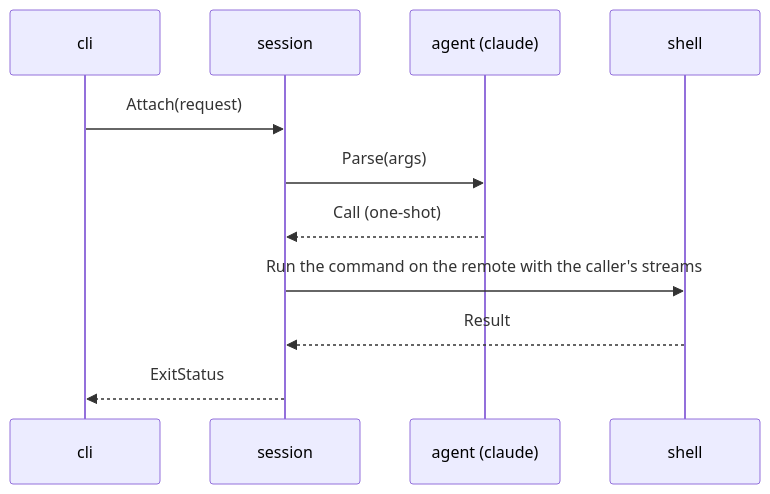
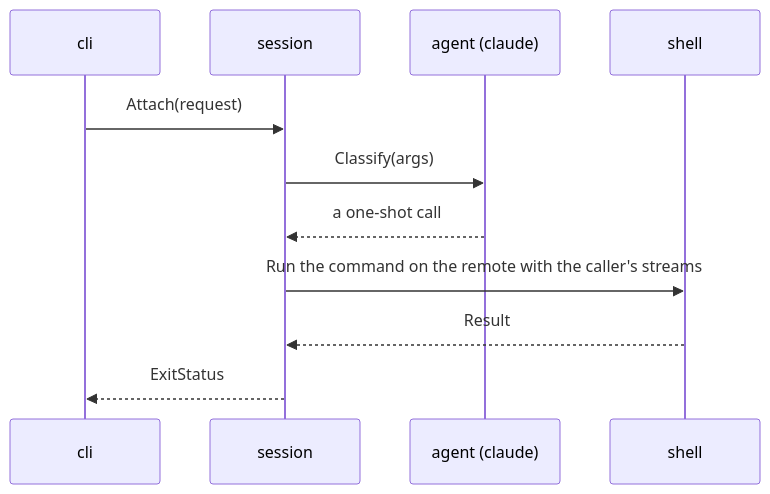
One commit to zerlok/hermod changed the ninth of 15 diagrams in docs/ARCHITECTURE.md. Above: the diagram before and after it, drawn with Mermaid. The commit also changed other lines of this file and 7 other files, not shown here.

````diff
--- a/docs/ARCHITECTURE.md
+++ b/docs/ARCHITECTURE.md
@@ -747,13 +822,13 @@
 ```mermaid
 sequenceDiagram
     participant cli
     participant session
     participant agent as agent (claude)
     participant shell
     cli ->> session: Attach(request)
-    session ->> agent: Parse(args)
-    agent -->> session: Call (one-shot)
+    session ->> agent: Classify(args)
+    agent -->> session: a one-shot call
     session ->> shell: Run the command on the remote with the caller's streams
     shell -->> session: Result
     session -->> cli: ExitStatus
 ```
````
